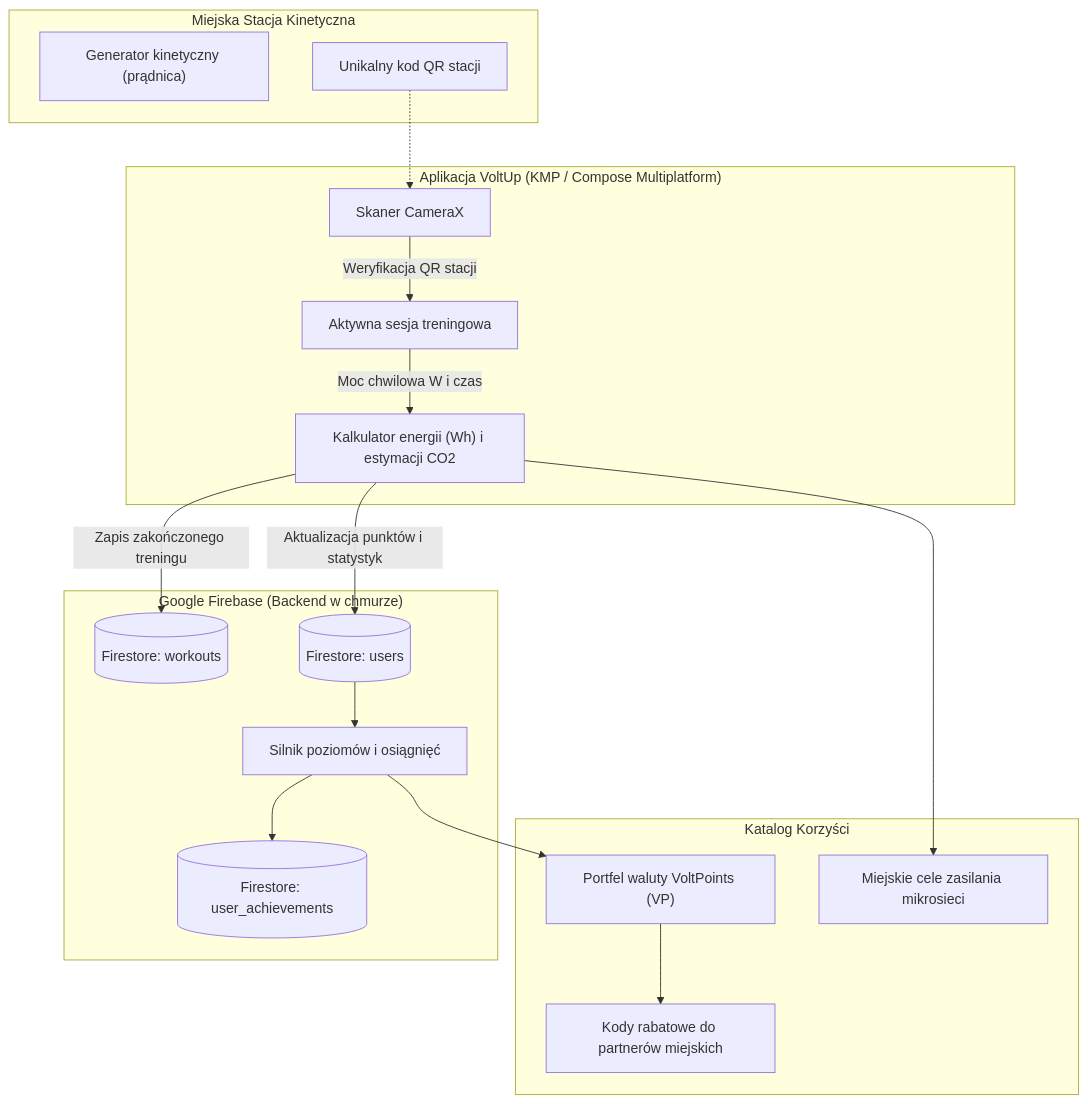
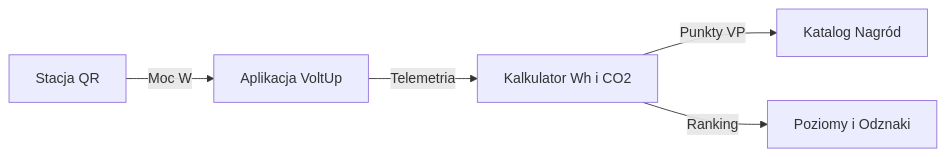
Before and after one commit to LukaszMatecki/HealthUp: the diagram in README.md, drawn with Mermaid. The commit also changed other lines of this file, not shown here.

Commit message:
Update README.md to refine project description, enhance section titles, and improve content clarity

````diff
--- a/README.md
+++ b/README.md
@@ -54,27 +50,7 @@
 ```mermaid
-flowchart TD
-    subgraph Stacja ["Miejska Stacja Kinetyczna"]
-        Gen["Generator kinetyczny (prądnica)"]
-        QR["Unikalny kod QR stacji"]
-    end
-
-    subgraph Klient ["Aplikacja VoltUp (KMP / Compose Multiplatform)"]
-        Camera["Skaner CameraX"] -->|Weryfikacja QR stacji| Workout["Aktywna sesja treningowa"]
-        Workout -->|Moc chwilowa W i czas| Calc["Kalkulator energii (Wh) i estymacji CO2"]
-    end
-
-    subgraph Backend ["Google Firebase (Backend w chmurze)"]
-        Calc -->|Zapis zakończonego treningu| FS_Workouts[("Firestore: workouts")]
-        Calc -->|Aktualizacja punktów i statystyk| FS_Users[("Firestore: users")]
-        FS_Users --> Engine["Silnik poziomów i osiągnięć"]
-        Engine --> FS_Ach[("Firestore: user_achievements")]
-    end
-
-    subgraph Ekosystem ["Katalog Korzyści"]
-        Engine --> VP["Portfel waluty VoltPoints (VP)"]
-        VP --> Rewards["Kody rabatowe do partnerów miejskich"]
-        Calc --> CityGoal["Miejskie cele zasilania mikrosieci"]
-    end
-
-    QR -.-> Camera
+flowchart LR
+    A["Stacja QR"] -->|Moc W| B["Aplikacja VoltUp"]
+    B -->|Telemetria| C["Kalkulator Wh i CO2"]
+    C -->|Punkty VP| D["Katalog Nagród"]
+    C -->|Ranking| E["Poziomy i Odznaki"]
 ```
````
